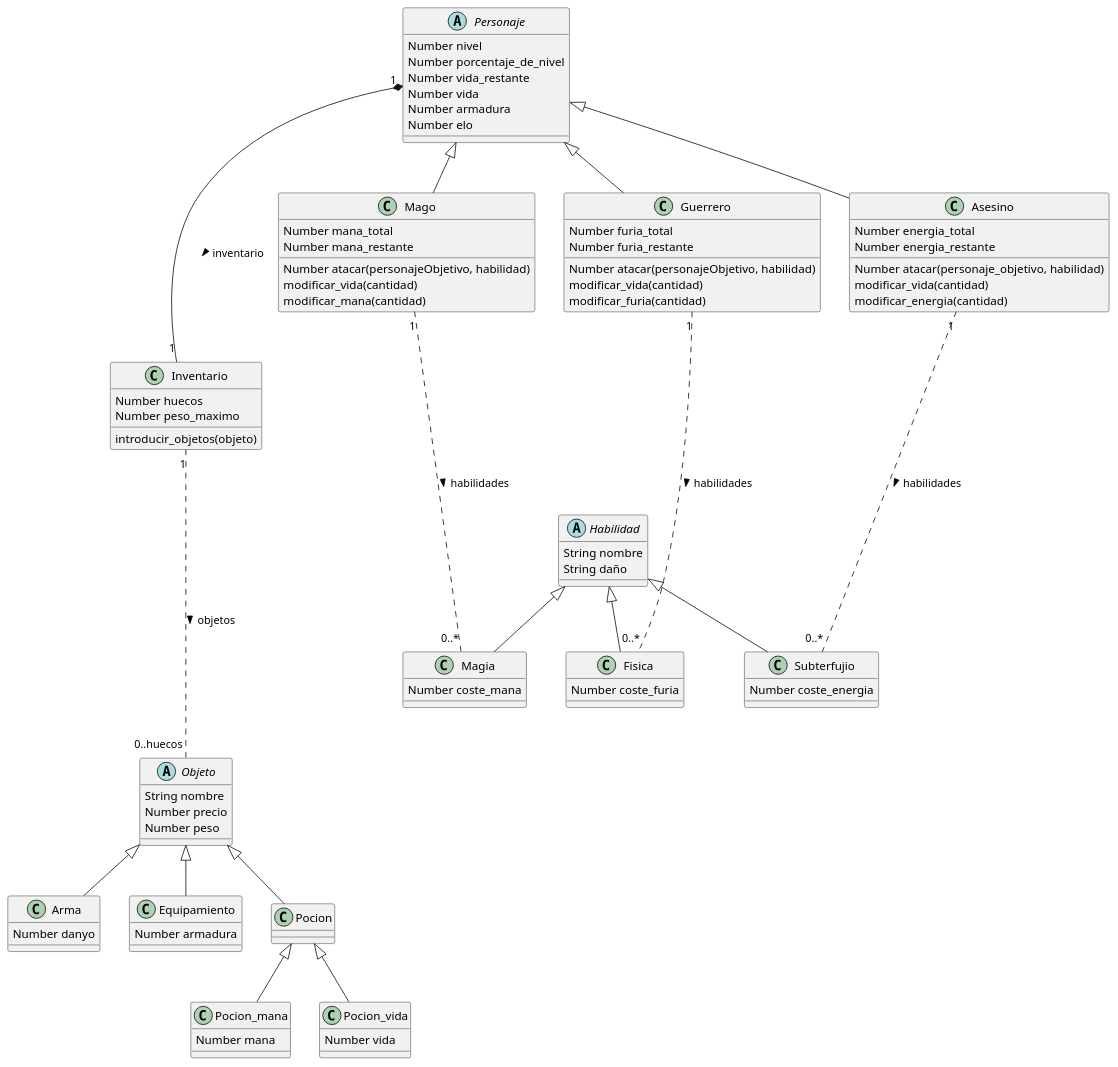
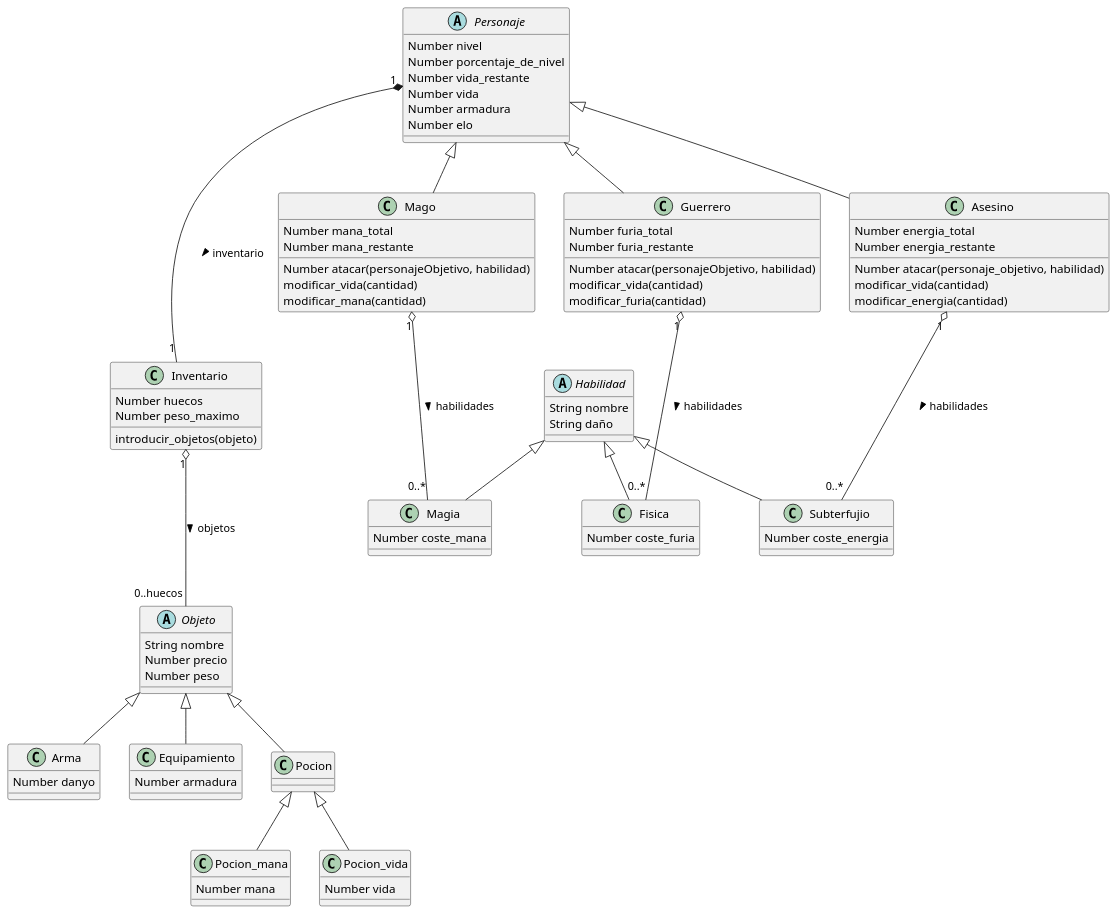
One commit to manelme/alan-game changed the diagram in DiagramaClases.puml. Above: the diagram before and after it, drawn with PlantUML. The commit also changed 1 other file, not shown here.

Commit message:
diagrama modificado

```diff
--- a/DiagramaClases.puml
+++ b/DiagramaClases.puml
@@ -1,88 +1,88 @@
 @startuml DiagramaClases
 
 Personaje "1" *--- "1" Inventario : inventario >
-Guerrero "1" .--- "0..*" Fisica: habilidades >
-Mago "1" .--- "0..*" Magia: habilidades >
-Asesino "1" .--- "0..*" Subterfujio: habilidades >
-Inventario "1" .--- "0..huecos" Objeto: objetos >
+Guerrero "1" o--- "0..*" Fisica: habilidades >
+Mago "1" o--- "0..*" Magia: habilidades >
+Asesino "1" o--- "0..*" Subterfujio: habilidades >
+Inventario "1" o--- "0..huecos" Objeto: objetos >
 
 Personaje <|-- Guerrero
 Personaje <|-- Mago
 Personaje <|-- Asesino
 
 Habilidad <|-- Fisica
 Habilidad <|-- Subterfujio
 Habilidad <|-- Magia
 
 Objeto <|-- Arma
 Objeto <|-- Equipamiento
 Objeto <|-- Pocion
 
 Pocion <|-- Pocion_mana
 Pocion <|-- Pocion_vida
 
 abstract Personaje {
     Number nivel
     Number porcentaje_de_nivel
     Number vida_restante
     Number vida
     Number armadura
     Number elo
 }
 class Guerrero{
     Number furia_total
     Number furia_restante
     Number atacar(personajeObjetivo, habilidad)
     modificar_vida(cantidad)
     modificar_furia(cantidad)
 }
 class Mago{
     Number mana_total
     Number mana_restante
     Number atacar(personajeObjetivo, habilidad)
     modificar_vida(cantidad)
     modificar_mana(cantidad)
 }
 class Asesino{
     Number energia_total
     Number energia_restante
     Number atacar(personaje_objetivo, habilidad)
     modificar_vida(cantidad)
     modificar_energia(cantidad)
 }
 abstract Objeto{
     String nombre
     Number precio
     Number peso
 }
 class Inventario{
     Number huecos
     Number peso_maximo
     introducir_objetos(objeto)
 }
 class Equipamiento{
     Number armadura
 }
 class Arma{
     Number danyo
 }
 class Pocion_mana{
     Number mana
 }
 class Pocion_vida{
     Number vida
 }
 abstract Habilidad{
     String nombre
     String daño
 }
 class Magia{
     Number coste_mana
 }
 class Fisica{
     Number coste_furia
 }
 class Subterfujio{
     Number coste_energia
 }
-@enduml
+@enduml<
```
